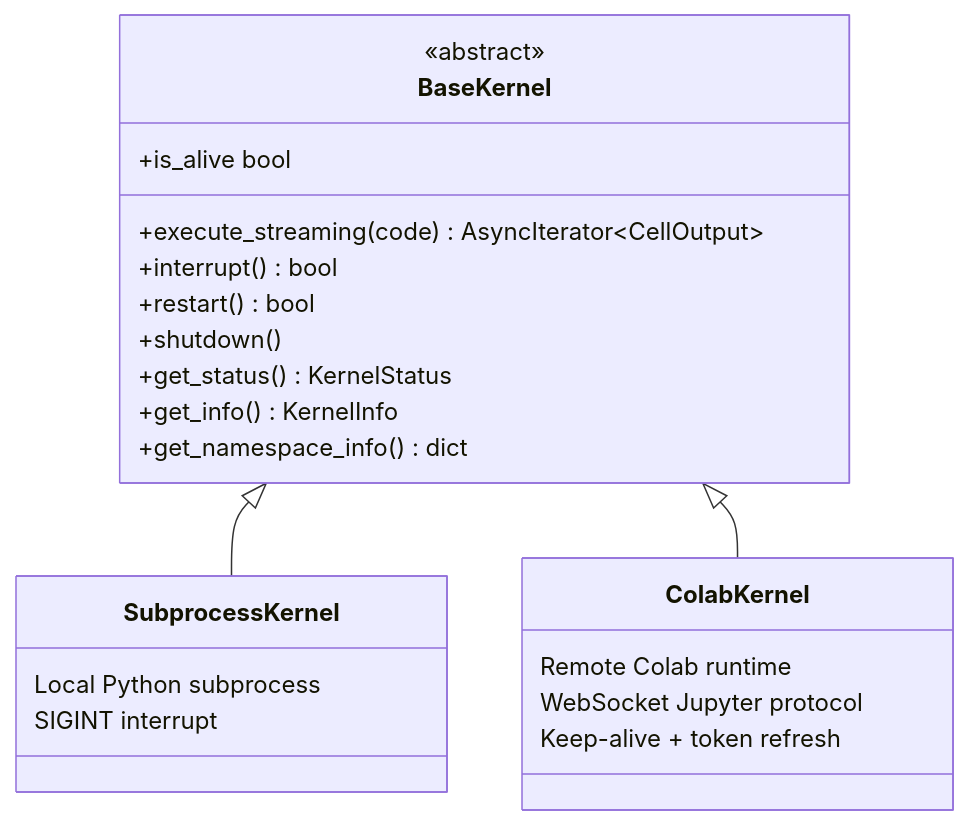
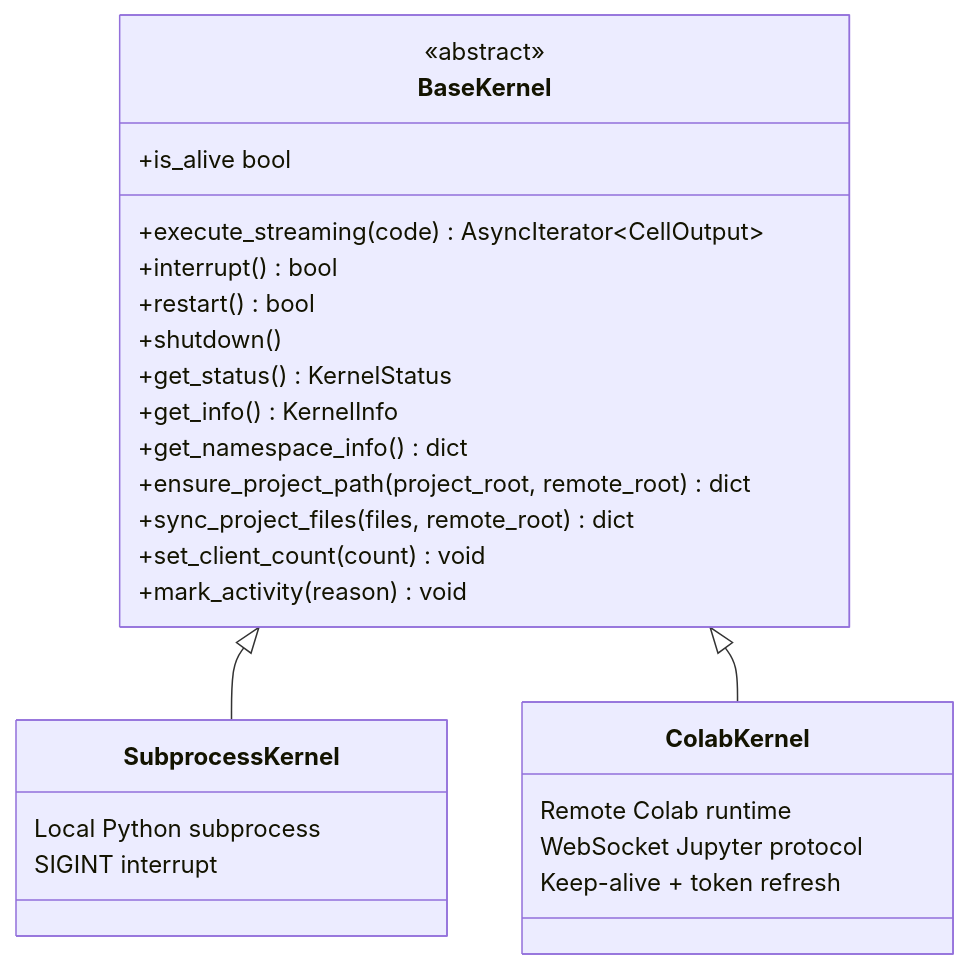
One commit to sgaseretto/solveish changed the second of 12 diagrams in docs/how_it_works/12_colab_kernel.md. Above: the diagram before and after it, drawn with Mermaid. The commit also changed other lines of this file and 29 other files, not shown here.

````diff
--- a/docs/how_it_works/12_colab_kernel.md
+++ b/docs/how_it_works/12_colab_kernel.md
@@ -73,28 +74,32 @@
 ```mermaid
 classDiagram
     class BaseKernel {
         <<abstract>>
         +execute_streaming(code) AsyncIterator~CellOutput~
         +interrupt() bool
         +restart() bool
         +shutdown()
         +is_alive bool
         +get_status() KernelStatus
         +get_info() KernelInfo
         +get_namespace_info() dict
+        +ensure_project_path(project_root, remote_root) dict
+        +sync_project_files(files, remote_root) dict
+        +set_client_count(count) void
+        +mark_activity(reason) void
     }
 
     class SubprocessKernel {
         Local Python subprocess
         SIGINT interrupt
     }
 
     class ColabKernel {
         Remote Colab runtime
         WebSocket Jupyter protocol
         Keep-alive + token refresh
     }
 
     BaseKernel <|-- SubprocessKernel
     BaseKernel <|-- ColabKernel
 ```
````
